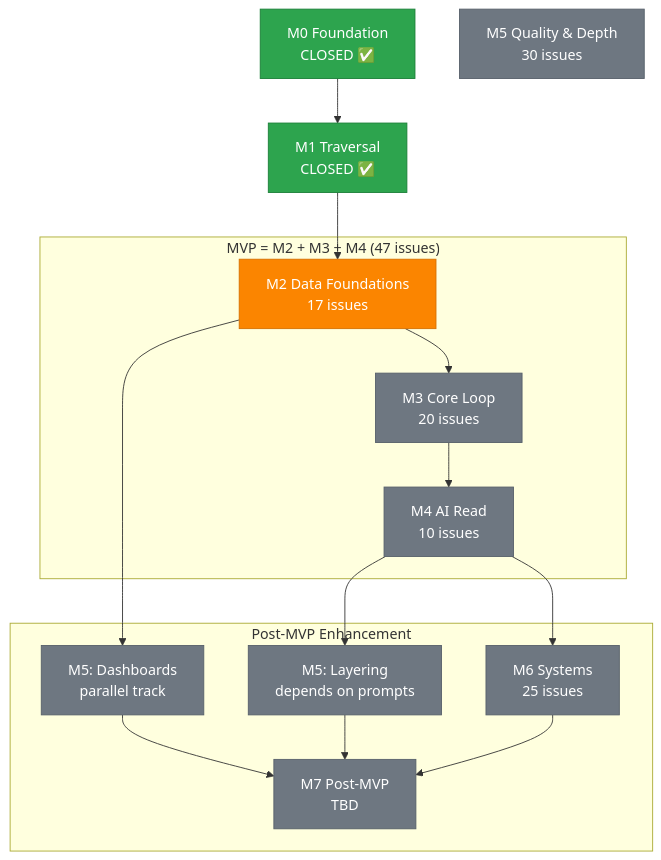
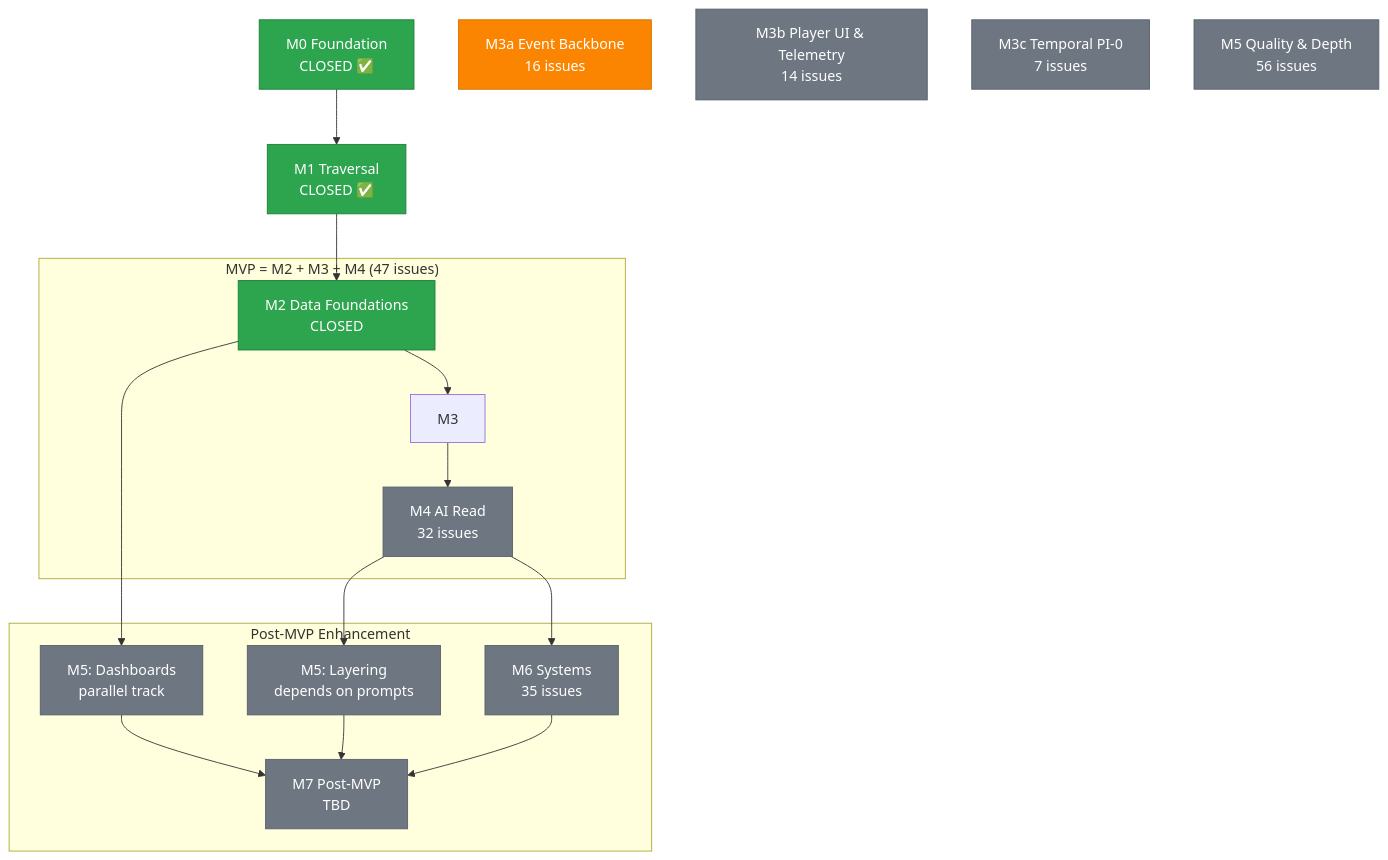
Before and after one commit to piquet-h/the-shifting-atlas: the diagram in docs/roadmap.md, drawn with Mermaid. The commit also changed other lines of this file and 8 other files, not shown here.

````diff
--- a/docs/roadmap.md
+++ b/docs/roadmap.md
@@ -22,43 +27,45 @@
 ```mermaid
 graph TD
     M0[M0 Foundation<br/>CLOSED ✅]
     M1[M1 Traversal<br/>CLOSED ✅]
-    M2[M2 Data Foundations<br/>17 issues]
-    M3[M3 Core Loop<br/>20 issues]
-    M4[M4 AI Read<br/>10 issues]
-    M5[M5 Quality & Depth<br/>30 issues]
-    M6[M6 Systems<br/>25 issues]
+    M2[M2 Data Foundations<br/>CLOSED]
+    M3a[M3a Event Backbone<br/>16 issues]
+    M3b[M3b Player UI & Telemetry<br/>14 issues]
+    M3c[M3c Temporal PI-0<br/>7 issues]
+    M4[M4 AI Read<br/>32 issues]
+    M5[M5 Quality & Depth<br/>56 issues]
+    M6[M6 Systems<br/>35 issues]
     M7[M7 Post-MVP<br/>TBD]
 
     M0 --> M1
     M1 --> M2
     M2 --> M3
     M2 --> M5A[M5: Dashboards<br/>parallel track]
     M3 --> M4
     M4 --> M5B[M5: Layering<br/>depends on prompts]
     M4 --> M6
     M5A --> M7
     M5B --> M7
     M6 --> M7
 
     classDef closed fill:#2da44e,stroke:#1a7f37,color:#fff
     classDef active fill:#fb8500,stroke:#d67000,color:#fff
     classDef future fill:#6e7781,stroke:#57606a,color:#fff
 
-    class M0,M1 closed
-    class M2 active
-    class M3,M4,M5,M6,M7,M5A,M5B future
+    class M0,M1,M2 closed
+    class M3a active
+    class M3b,M3c,M4,M5,M6,M7,M5A,M5B future
 
     subgraph MVP["MVP = M2 + M3 + M4 (47 issues)"]
         M2
         M3
         M4
     end
 
     subgraph POST["Post-MVP Enhancement"]
         M5A
         M5B
         M6
         M7
     end
 ```
````
